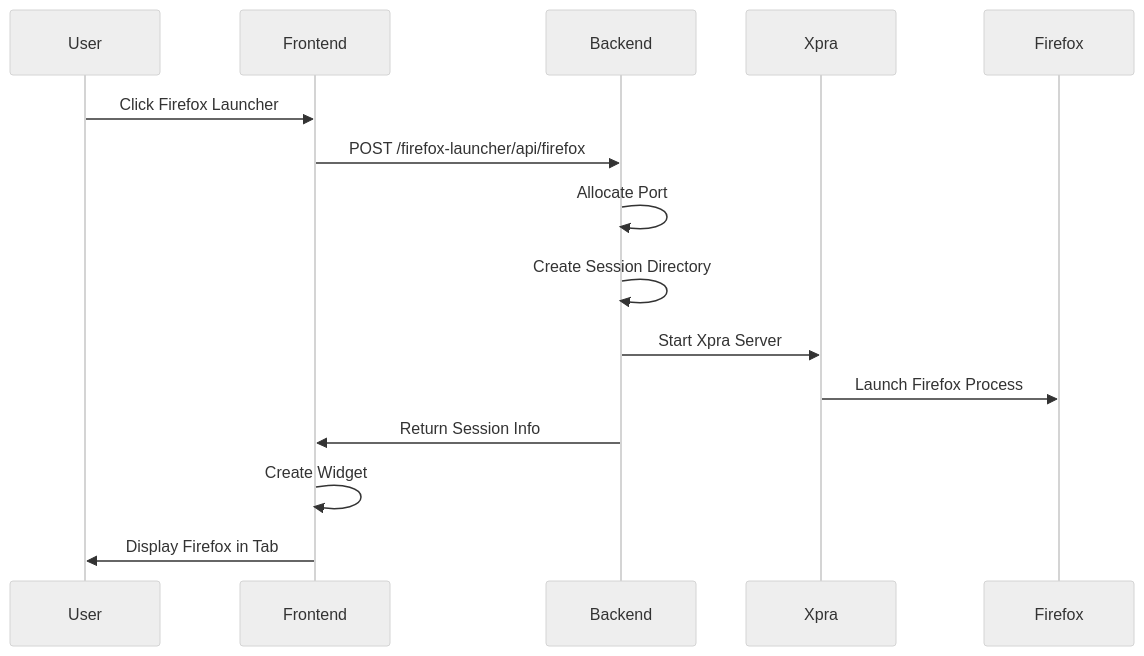
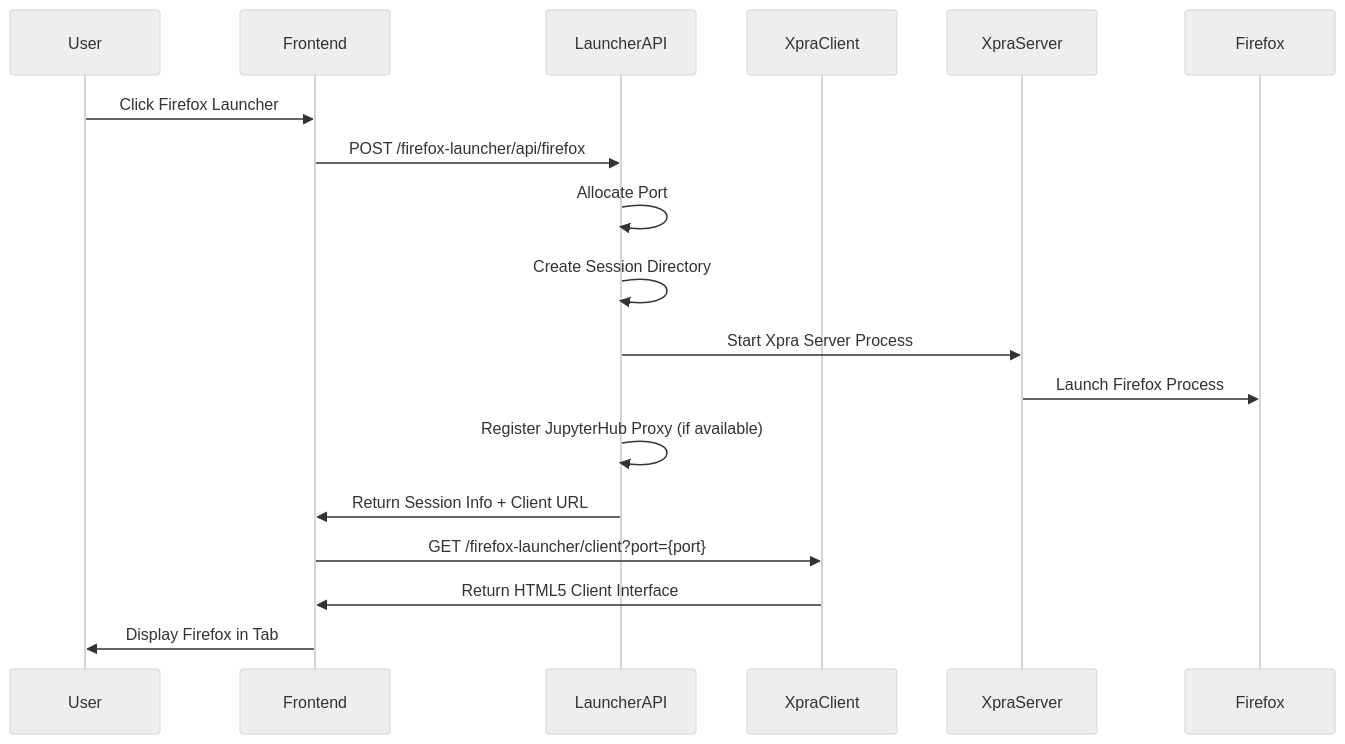
Before and after one commit to vantagecompute/jupyterlab-firefox-launcher: the first of 3 diagrams in docs/architecture.md, drawn with Mermaid (neutral theme). The commit also changed other lines of this file and 10 other files, not shown here.

````diff
--- a/docs/architecture.md
+++ b/docs/architecture.md
@@ -154,18 +213,21 @@
 ```mermaid
 sequenceDiagram
     participant User
     participant Frontend
-    participant Backend
-    participant Xpra
+    participant LauncherAPI
+    participant XpraClient
+    participant XpraServer
     participant Firefox
 
     User->>Frontend: Click Firefox Launcher
-    Frontend->>Backend: POST /firefox-launcher/api/firefox
-    Backend->>Backend: Allocate Port
-    Backend->>Backend: Create Session Directory
-    Backend->>Xpra: Start Xpra Server
-    Xpra->>Firefox: Launch Firefox Process
-    Backend->>Frontend: Return Session Info
-    Frontend->>Frontend: Create Widget
+    Frontend->>LauncherAPI: POST /firefox-launcher/api/firefox
+    LauncherAPI->>LauncherAPI: Allocate Port
+    LauncherAPI->>LauncherAPI: Create Session Directory
+    LauncherAPI->>XpraServer: Start Xpra Server Process
+    XpraServer->>Firefox: Launch Firefox Process
+    LauncherAPI->>LauncherAPI: Register JupyterHub Proxy (if available)
+    LauncherAPI->>Frontend: Return Session Info + Client URL
+    Frontend->>XpraClient: GET /firefox-launcher/client?port={port}
+    XpraClient->>Frontend: Return HTML5 Client Interface
     Frontend->>User: Display Firefox in Tab
 ```
````
